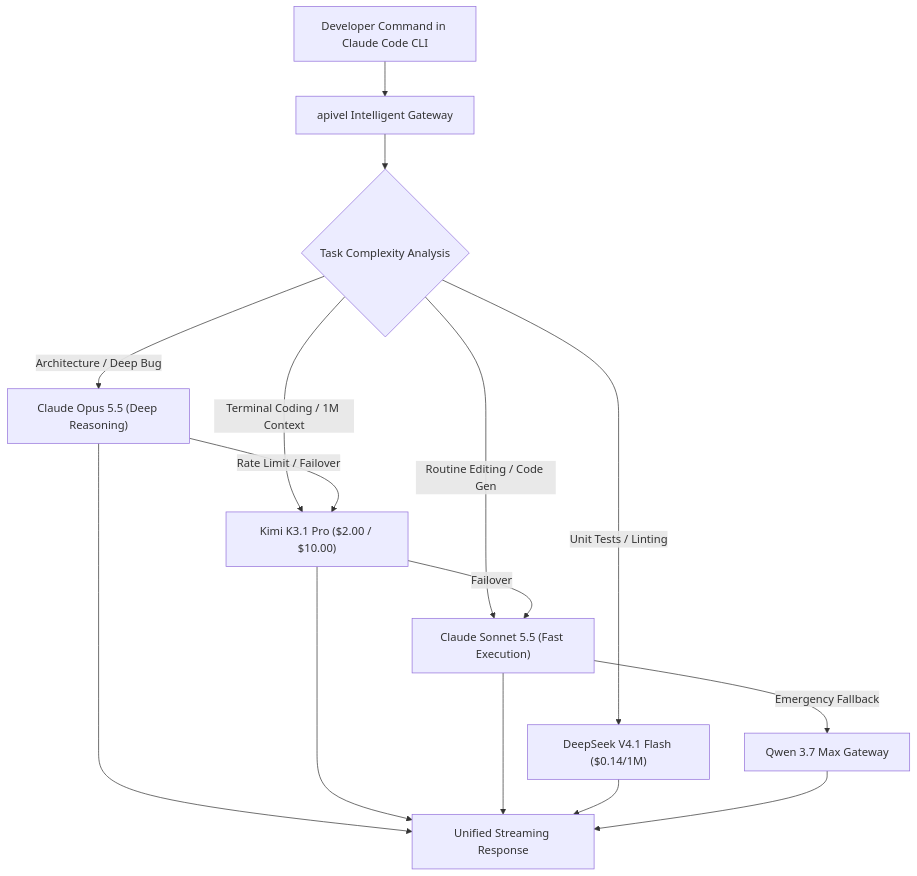
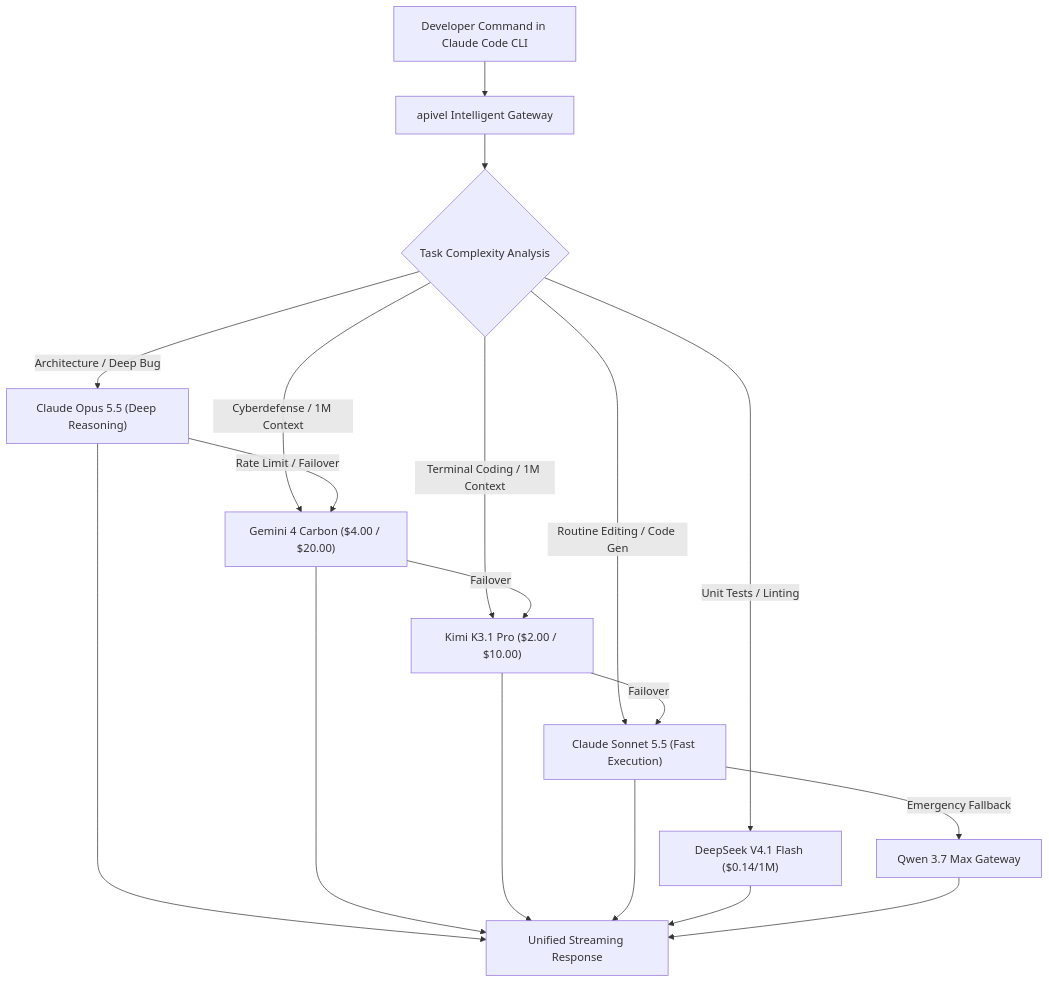
Before and after one commit to bshx2024/apivel_blog: the diagram in src/content/blog/claude-opus-5-5-price-limits-claude-code.md, drawn with Mermaid. The commit also changed other lines of this file and 5 other files, not shown here.

Commit message:
feat(blog): publish Gemini 4 Carbon review & mesh weaving (#10)

````diff
--- a/src/content/blog/claude-opus-5-5-price-limits-claude-code.md
+++ b/src/content/blog/claude-opus-5-5-price-limits-claude-code.md
@@ -109,18 +109,21 @@
 ```mermaid
 flowchart TD
     A["Developer Command in Claude Code CLI"] --> B["apivel Intelligent Gateway"]
     C{"Task Complexity Analysis"}
     B --> C
     C -->|"Architecture / Deep Bug"| D["Claude Opus 5.5 (Deep Reasoning)"]
+    C -->|"Cyberdefense / 1M Context"| GC["Gemini 4 Carbon ($4.00 / $20.00)"]
     C -->|"Terminal Coding / 1M Context"| K["Kimi K3.1 Pro ($2.00 / $10.00)"]
     C -->|"Routine Editing / Code Gen"| E["Claude Sonnet 5.5 (Fast Execution)"]
     C -->|"Unit Tests / Linting"| F["DeepSeek V4.1 Flash ($0.14/1M)"]
-    D -->|"Rate Limit / Failover"| K
+    D -->|"Rate Limit / Failover"| GC
+    GC -->|"Failover"| K
     K -->|"Failover"| E
     E -->|"Emergency Fallback"| G["Qwen 3.7 Max Gateway"]
     D --> H["Unified Streaming Response"]
+    GC --> H
     K --> H
     E --> H
     F --> H
     G --> H
 ```
````
